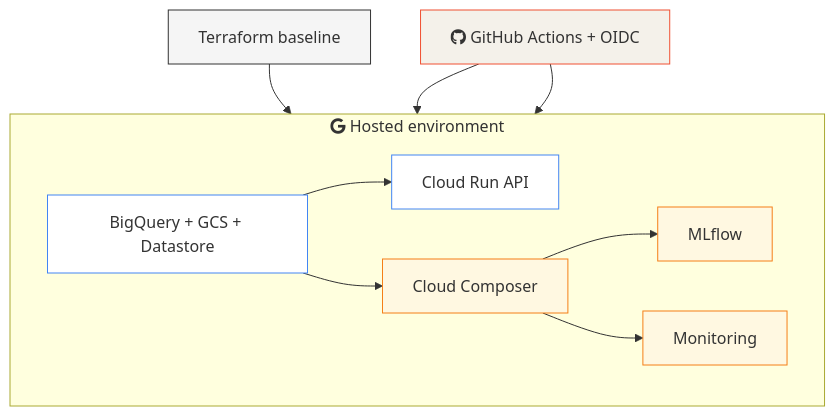
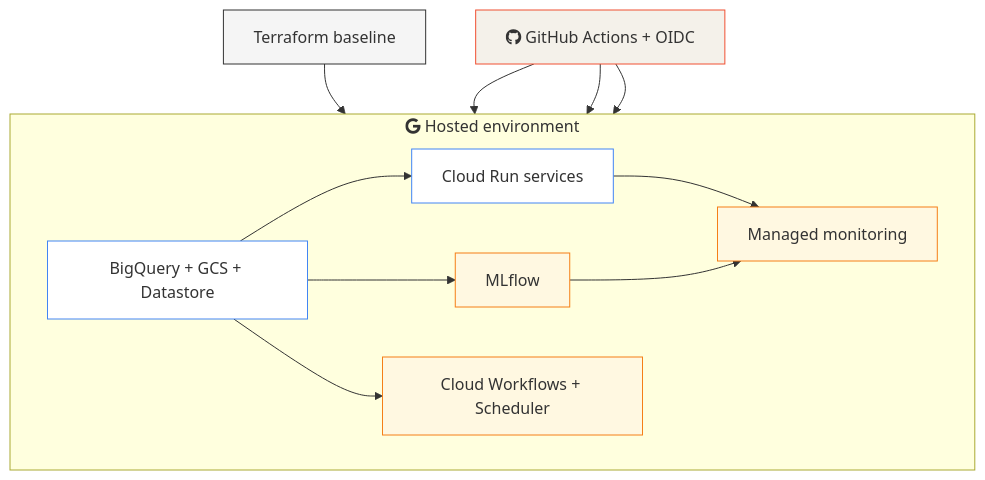
Before and after one commit to javihslu/foehncast: the diagram in docs/site/system/hosted-full-stack.md, drawn with Mermaid. The commit also changed other lines of this file and 16 other files, not shown here.

```diff
--- a/docs/site/system/hosted-full-stack.md
+++ b/docs/site/system/hosted-full-stack.md
@@ -15,27 +16,29 @@
 <div class="mermaid">
 flowchart TD
     classDef infra fill:#f5f5f5,stroke:#333
     classDef runner fill:#f4f1ea,stroke:#f05032
     classDef platform fill:#fff,stroke:#4285F4
     classDef operator fill:#fff8e1,stroke:#f57f17
 
     TF["Terraform baseline"]:::infra
     GH["fab:fa-github GitHub Actions + OIDC"]:::runner
 
     subgraph GCP ["fab:fa-google Hosted environment"]
         direction LR
         DATA["BigQuery + GCS + Datastore"]:::platform
-        RUN["Cloud Run API"]:::platform
-        CMP["Cloud Composer"]:::operator
+        RUN["Cloud Run services"]:::platform
+        WF["Cloud Workflows + Scheduler"]:::operator
         MLF["MLflow"]:::operator
-        MON["Monitoring"]:::operator
+        MON["Managed monitoring"]:::operator
     end
 
     TF --> DATA
     DATA --> RUN
-    DATA --> CMP
+    DATA --> MLF
+    DATA --> WF
     GH --> RUN
-    GH --> CMP
-    CMP --> MLF
-    CMP --> MON
+    GH --> MLF
+    GH --> WF
+    RUN --> MON
+    MLF --> MON
 </div>
```
